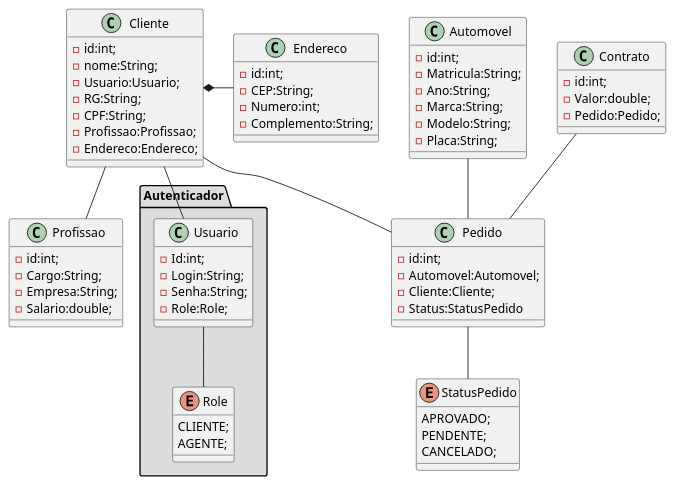
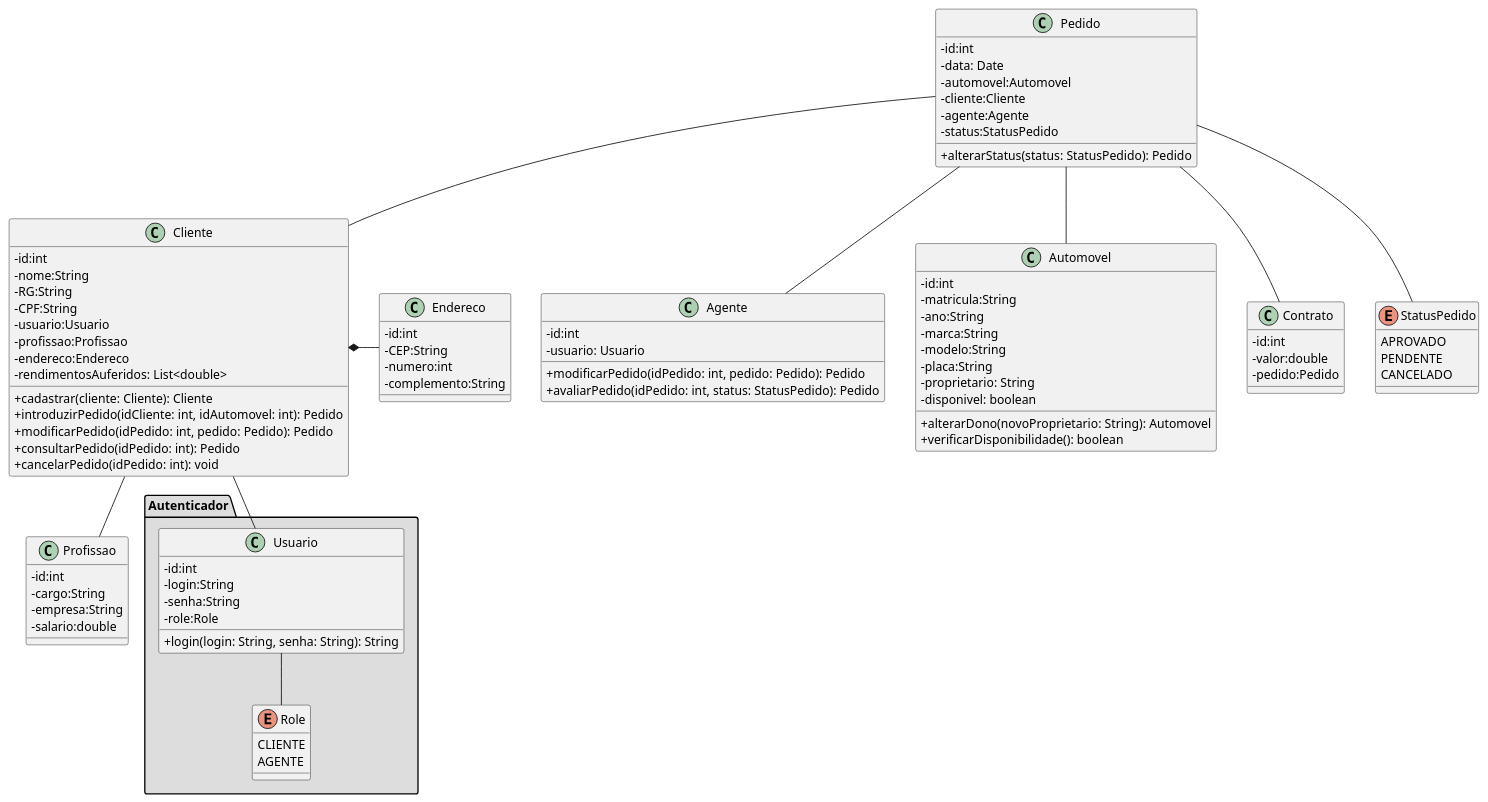
One commit to pedromaximocampos/Laboratorio-Desenvolvimento-02 changed the diagram in projeto/DiagramaDeClasse/diagramaDeClasse.puml. Above: the diagram before and after it, drawn with PlantUML.

Commit message:
Diagrama de classe atualizado

```diff
--- a/projeto/DiagramaDeClasse/diagramaDeClasse.puml
+++ b/projeto/DiagramaDeClasse/diagramaDeClasse.puml
@@ -1,85 +1,110 @@
 @startuml
-
-
-
-class Cliente{
- -id:int;
- -nome:String;
- -Usuario:Usuario;
- -RG:String;
- -CPF:String;
- -Profissao:Profissao;
- -Endereco:Endereco;
-}
-
-
-
-class Endereco{
--id:int;
--CEP:String;
--Numero:int;
--Complemento:String;
-}
-
-class Profissao{
--id:int;
--Cargo:String;
--Empresa:String;
--Salario:double;
-}
-
-class Automovel{
--id:int;
--Matricula:String;
--Ano:String;
--Marca:String;
--Modelo:String;
--Placa:String;
-}
-
-class Contrato{
--id:int;
--Valor:double;
--Pedido:Pedido;
-}
-
-class Pedido{
--id:int;
--Automovel:Automovel;
--Cliente:Cliente;
--Status:StatusPedido
-}
-
-enum StatusPedido{
-    APROVADO;
-    PENDENTE;
-    CANCELADO;
-}
+skinparam classAttributeIconSize 0
 
 package "Autenticador" #DDDDDD {
 
 class Usuario{
--Id:int;
--Login:String;
--Senha:String;
--Role:Role;
+-id:int
+-login:String
+-senha:String
+-role:Role
+
++login(login: String, senha: String): String
 }
 
 enum Role{
-    CLIENTE;
-    AGENTE;
+    CLIENTE
+    AGENTE
 }
 
 Usuario -- Role
 }
 
+class Agente{
+- id:int
+- usuario: Usuario
 
-Cliente -- Pedido
-Automovel -- Pedido
-Contrato -- Pedido
++modificarPedido(idPedido: int, pedido: Pedido): Pedido
++avaliarPedido(idPedido: int, status: StatusPedido): Pedido
+}
+
+class Cliente{
+ -id:int
+ -nome:String
+ -RG:String
+ -CPF:String
+ -usuario:Usuario
+ -profissao:Profissao
+ -endereco:Endereco
+ -rendimentosAuferidos: List<double>
+
+ +cadastrar(cliente: Cliente): Cliente
+ +introduzirPedido(idCliente: int, idAutomovel: int): Pedido
+ +modificarPedido(idPedido: int, pedido: Pedido): Pedido
+ +consultarPedido(idPedido: int): Pedido
+ +cancelarPedido(idPedido: int): void
+}
+
+class Endereco{
+-id:int
+-CEP:String
+-numero:int
+-complemento:String
+}
+
+class Profissao{
+-id:int
+-cargo:String
+-empresa:String
+-salario:double
+}
+
+class Automovel{
+-id:int
+-matricula:String
+-ano:String
+-marca:String
+-modelo:String
+-placa:String
+-proprietario: String
+-disponivel: boolean
+
++alterarDono(novoProprietario: String): Automovel
++verificarDisponibilidade(): boolean
+}
+
+class Contrato{
+-id:int
+-valor:double
+-pedido:Pedido
+}
+
+class Pedido{
+-id:int
+-data: Date
+-automovel:Automovel
+-cliente:Cliente
+-agente:Agente
+-status:StatusPedido
+
++alterarStatus(status: StatusPedido): Pedido
+}
+
+enum StatusPedido{
+    APROVADO
+    PENDENTE
+    CANCELADO
+}
+
+
+Pedido -- Cliente
+Pedido -- Automovel
+Pedido -- Contrato
+Pedido -- Agente
 Pedido -- StatusPedido
+
 Cliente -- Usuario
 Cliente -- Profissao
 Cliente *- Endereco
 
 @enduml
```
